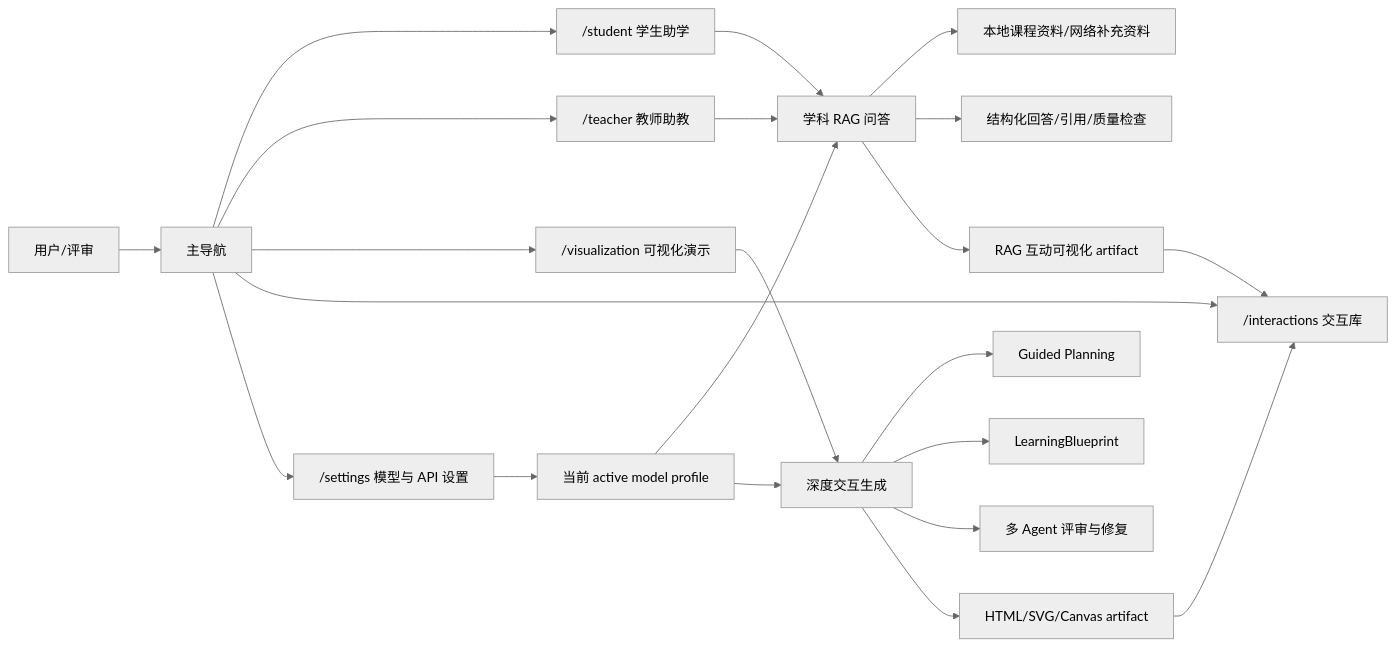
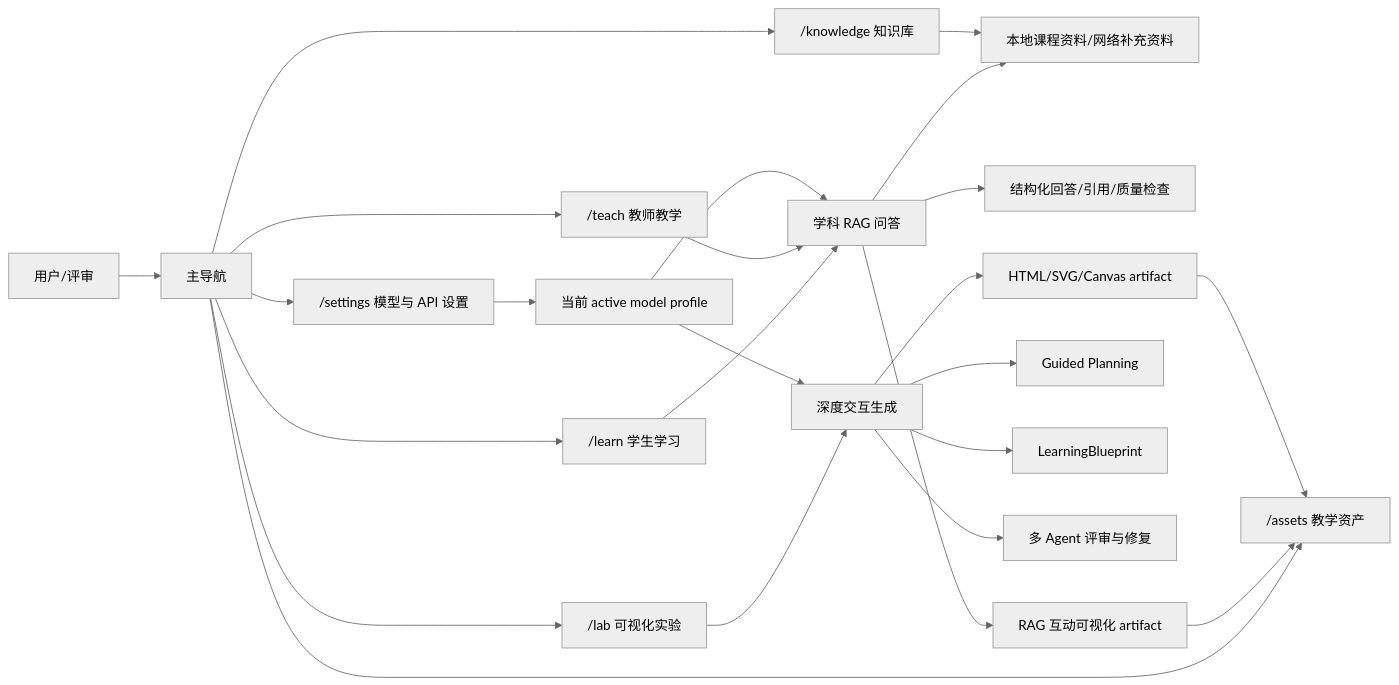
One commit to hanx-777/STEMotion changed the first of 4 diagrams in docs/system_function_guide.md. Above: the diagram before and after it, drawn with Mermaid (neutral theme). The commit also changed other lines of this file and 39 other files, not shown here.

Commit message:
refactor: normalize project branding and architecture docs

````diff
--- a/docs/system_function_guide.md
+++ b/docs/system_function_guide.md
@@ -17,27 +17,29 @@
 ```mermaid
 flowchart LR
   U["用户/评审"] --> Nav["主导航"]
-  Nav --> Student["/student 学生助学"]
-  Nav --> Teacher["/teacher 教师助教"]
-  Nav --> Viz["/visualization 可视化演示"]
-  Nav --> Library["/interactions 交互库"]
+  Nav --> Student["/learn 学生学习"]
+  Nav --> Teacher["/teach 教师教学"]
+  Nav --> Viz["/lab 可视化实验"]
+  Nav --> Library["/assets 教学资产"]
+  Nav --> Knowledge["/knowledge 知识库"]
   Nav --> Settings["/settings 模型与 API 设置"]
 
   Student --> Rag["学科 RAG 问答"]
   Teacher --> Rag
   Rag --> Evidence["本地课程资料/网络补充资料"]
   Rag --> Answer["结构化回答/引用/质量检查"]
   Rag --> RagViz["RAG 互动可视化 artifact"]
 
   Viz --> Deep["深度交互生成"]
   Deep --> Planning["Guided Planning"]
   Deep --> Blueprint["LearningBlueprint"]
   Deep --> Review["多 Agent 评审与修复"]
   Deep --> Artifact["HTML/SVG/Canvas artifact"]
 
   RagViz --> Library
   Artifact --> Library
+  Knowledge --> Evidence
   Settings --> Model["当前 active model profile"]
   Model --> Rag
   Model --> Deep
 ```
````
